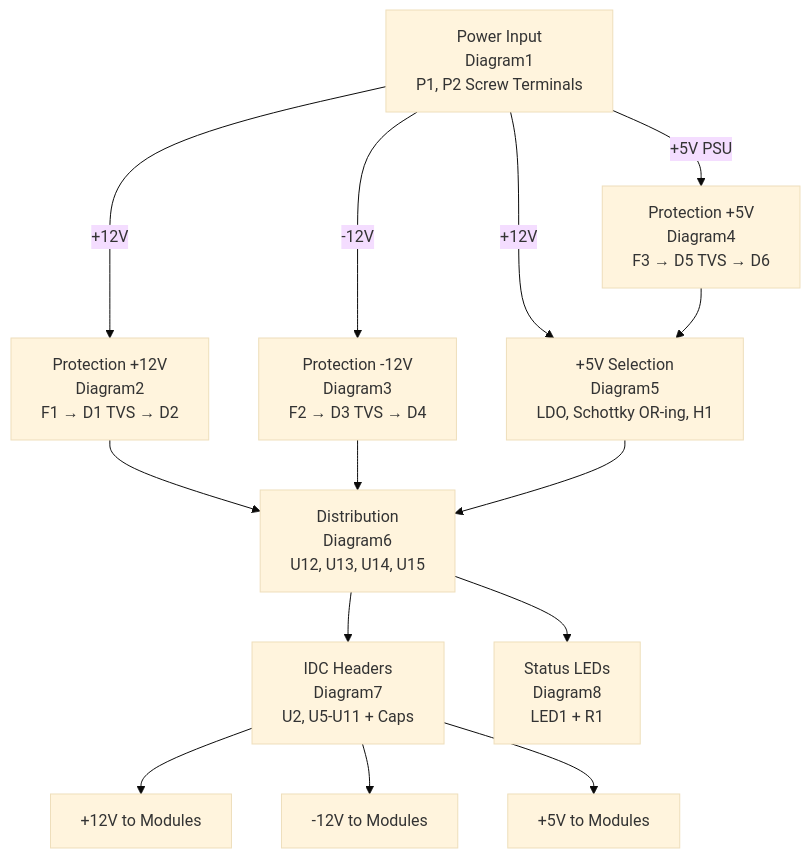
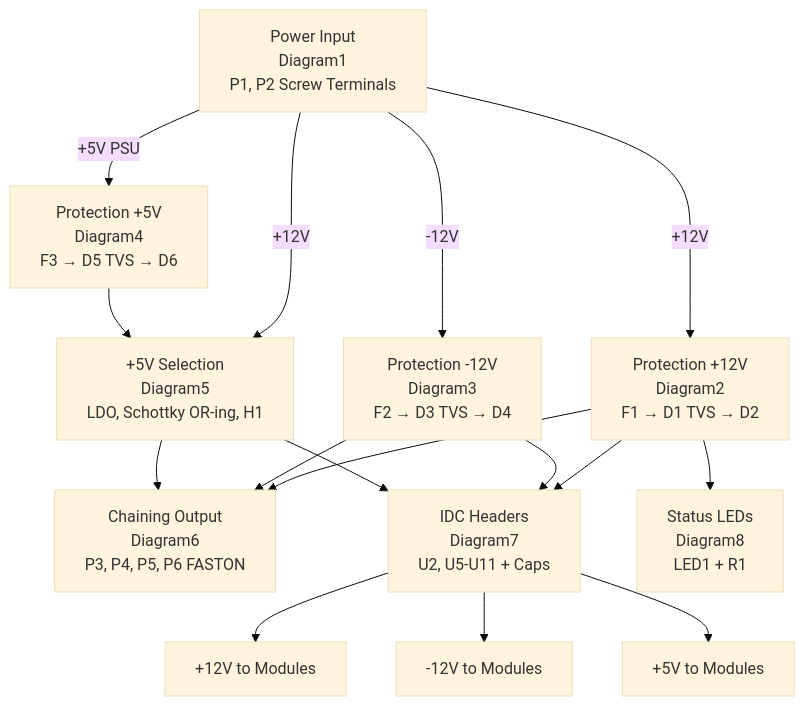
The diagram in doc/docs/overview/circuit-diagrams.mdx (Takazudo/zudo-bus), drawn with Mermaid (base theme) before and after one commit. The commit also changed other lines of this file and 2 other files, not shown here.

````diff
--- a/doc/docs/overview/circuit-diagrams.mdx
+++ b/doc/docs/overview/circuit-diagrams.mdx
@@ -13,55 +13,58 @@
 ```mermaid
 flowchart TD
     IN["Power Input
     Diagram1
     P1, P2 Screw Terminals"]
 
     PROT12["Protection +12V
     Diagram2
     F1 → D1 TVS → D2"]
 
     PROTN12["Protection -12V
     Diagram3
     F2 → D3 TVS → D4"]
 
     PROT5["Protection +5V
     Diagram4
     F3 → D5 TVS → D6"]
 
     SEL5["+5V Selection
     Diagram5
     LDO, Schottky OR-ing, H1"]
 
-    DIST["Distribution
+    DIST["Chaining Output
     Diagram6
-    U12, U13, U14, U15"]
+    P3, P4, P5, P6 FASTON"]
 
     IDC["IDC Headers
     Diagram7
     U2, U5-U11 + Caps"]
 
     LED["Status LEDs
     Diagram8
     LED1 + R1"]
 
     OUT1["+12V to Modules"]
     OUT2["-12V to Modules"]
     OUT3["+5V to Modules"]
 
     IN -->|"+12V"| PROT12
     IN -->|"-12V"| PROTN12
     IN -->|"+5V PSU"| PROT5
     IN -->|"+12V"| SEL5
 
+    PROT12 --> IDC
+    PROTN12 --> IDC
+    PROT5 --> SEL5
+    SEL5 --> IDC
+
     PROT12 --> DIST
     PROTN12 --> DIST
-    PROT5 --> SEL5
     SEL5 --> DIST
 
-    DIST --> IDC
     IDC --> OUT1
     IDC --> OUT2
     IDC --> OUT3
 
-    DIST --> LED
+    PROT12 --> LED
 ```
````
